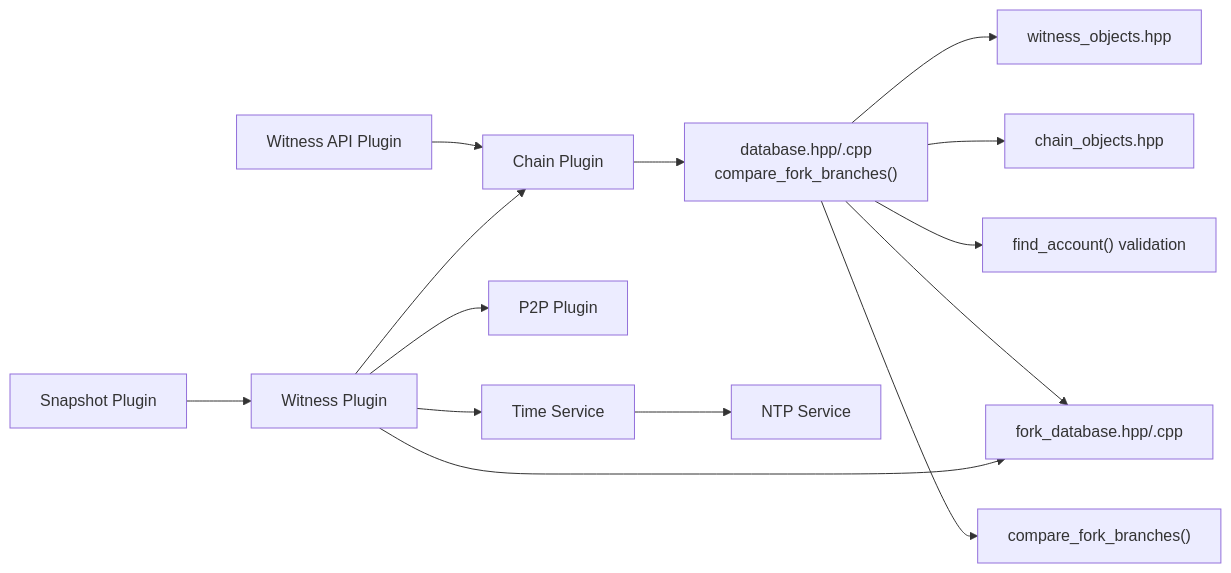
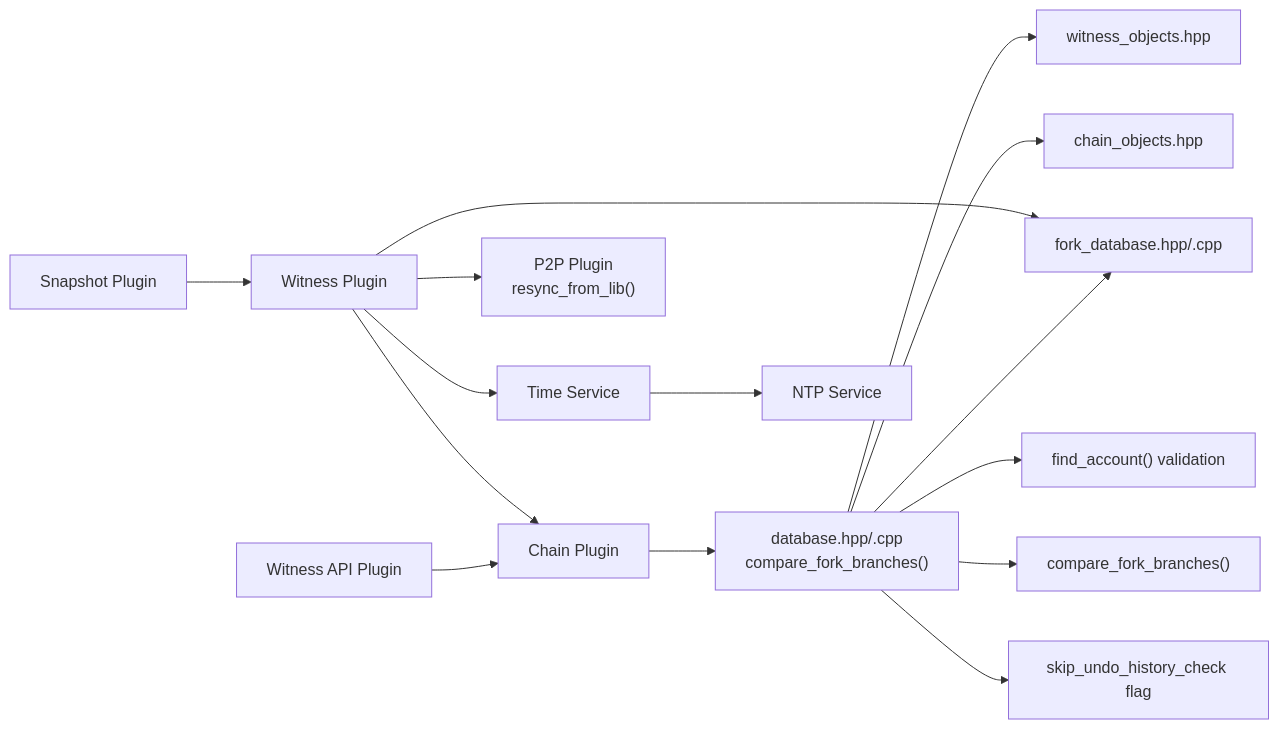
One commit to VIZ-Blockchain/viz-cpp-node changed the eighth of 8 diagrams in .qoder/repowiki/en/content/Witness.md. Above: the diagram before and after it, drawn with Mermaid. The commit also changed other lines of this file and 5 other files, not shown here.

````diff
--- a/.qoder/repowiki/en/content/Witness.md
+++ b/.qoder/repowiki/en/content/Witness.md
@@ -728,16 +795,17 @@
 ```mermaid
 graph LR
 WITNESS["Witness Plugin"] --> CHAIN["Chain Plugin"]
-WITNESS --> P2P["P2P Plugin"]
+WITNESS --> P2P["P2P Plugin<br/>resync_from_lib()"]
 WITNESS --> TIME["Time Service"]
 WITNESS --> FORK_DB["Fork Database<br/>enhanced with stale pruning"]
 WAPI["Witness API Plugin"] --> CHAIN
 SNAPSHOT["Snapshot Plugin"] --> WITNESS
 CHAIN --> DB["database.hpp/.cpp<br/>compare_fork_branches()"]
 DB --> WITNESS_OBJ["witness_objects.hpp"]
 DB --> BPV_OBJ["chain_objects.hpp"]
 DB --> FORK_DB["fork_database.hpp/.cpp"]
 DB --> FIND_ACCOUNT["find_account() validation"]
 DB --> COMPARE_FORK["compare_fork_branches()"]
+DB --> SKIP_UNDO["skip_undo_history_check flag"]
 TIME --> NTP["NTP Service"]
 ```
````
